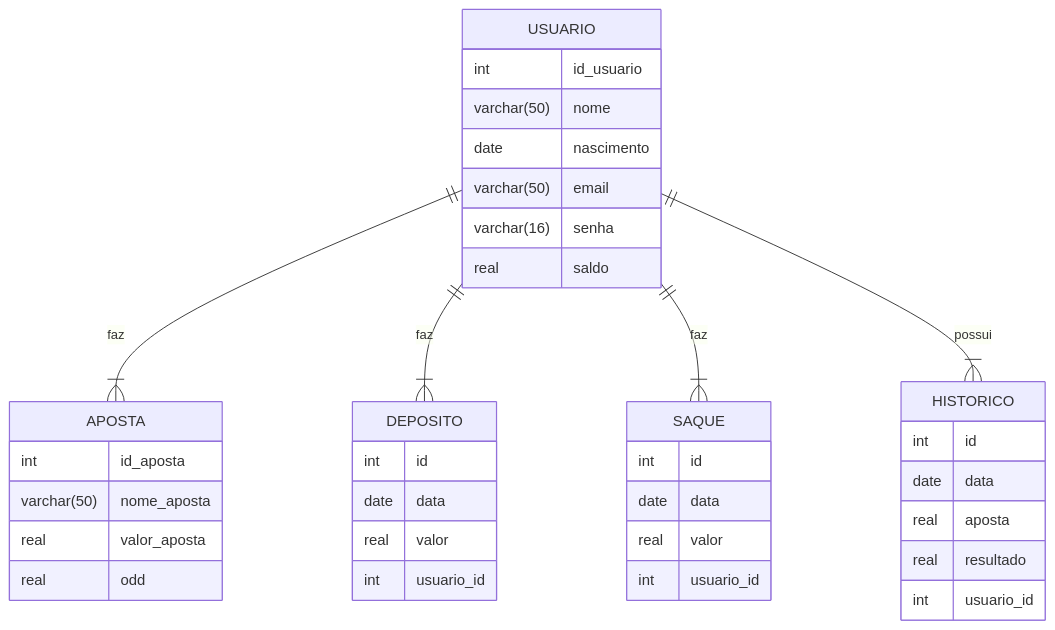
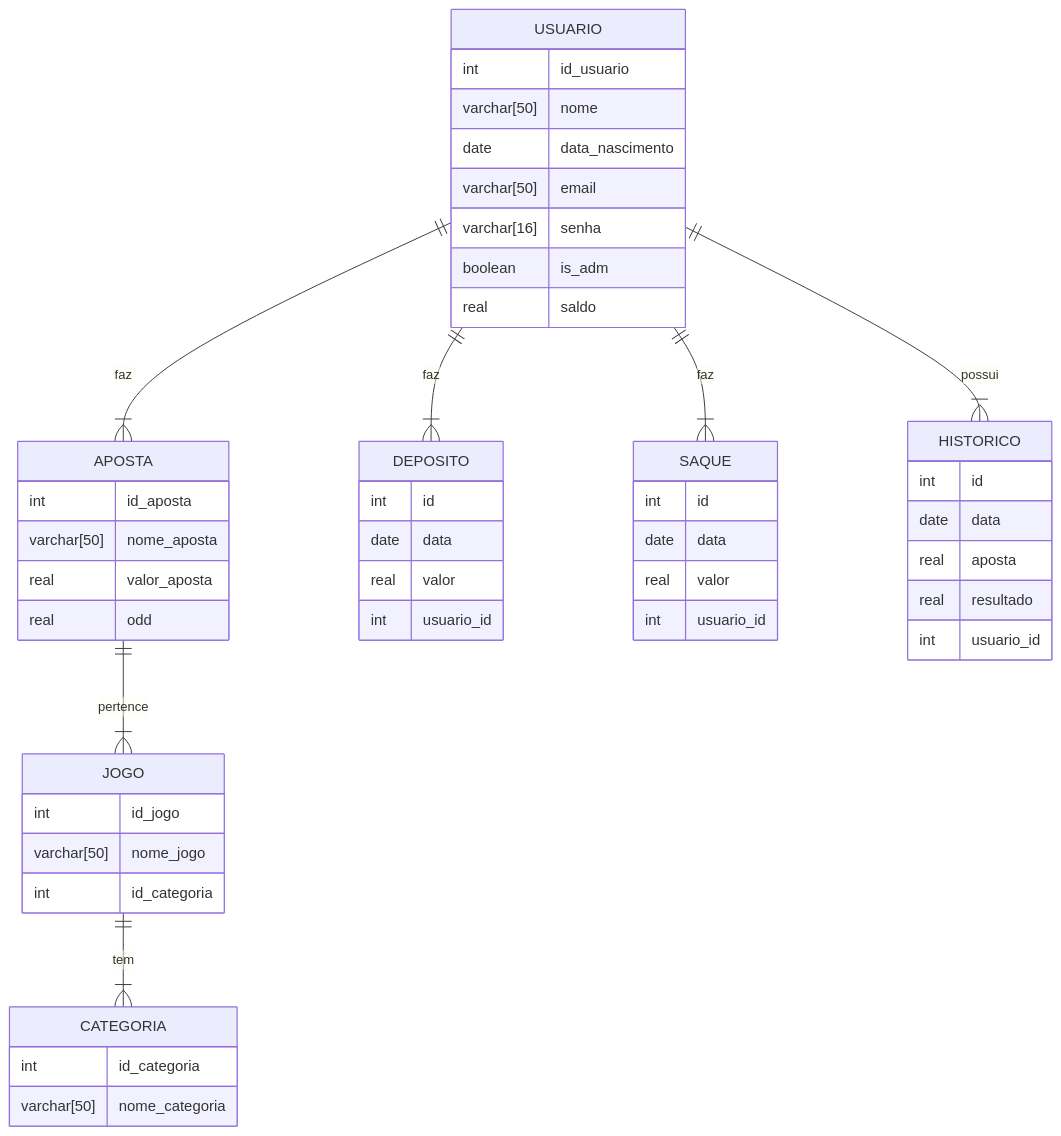
Before and after one commit to desenvolvimento-web-unifil/02-documentacao-nbg: the diagram in docs/der/readmeDER.md, drawn with Mermaid.

Commit message:
Atualização do DER

````diff
--- a/docs/der/readmeDER.md
+++ b/docs/der/readmeDER.md
@@ -1,43 +1,57 @@
 ``` mermaid
 erDiagram
 USUARIO || --|{ APOSTA : faz
 USUARIO || --|{ DEPOSITO : faz
 USUARIO || --|{ SAQUE : faz
 USUARIO || --|{ HISTORICO : possui
+JOGO    || --|{ CATEGORIA : tem
+APOSTA  || --|{ JOGO : pertence
 
 USUARIO {
     int id_usuario
-   varchar(50) nome
-   date nascimento
-    varchar(50) email
-    varchar(16) senha
+    varchar[50] nome
+    date data_nascimento
+    varchar[50] email
+    varchar[16] senha
+    boolean is_adm
     real saldo
 }
 
 APOSTA {
     int id_aposta
-    varchar(50) nome_aposta
+    varchar[50] nome_aposta
     real valor_aposta
     real odd
 }
 
 HISTORICO {
     int id
     date data
     real aposta
     real resultado
     int usuario_id
 }
 DEPOSITO {
     int id
     date data
     real valor
     int usuario_id
 }
 SAQUE {
     int id
     date data
     real valor 
     int usuario_id
 }
+
+JOGO {
+    int id_jogo
+    varchar[50] nome_jogo
+    int id_categoria
+}
+
+CATEGORIA {
+    int id_categoria
+    varchar[50] nome_categoria
+}
 ```
````
